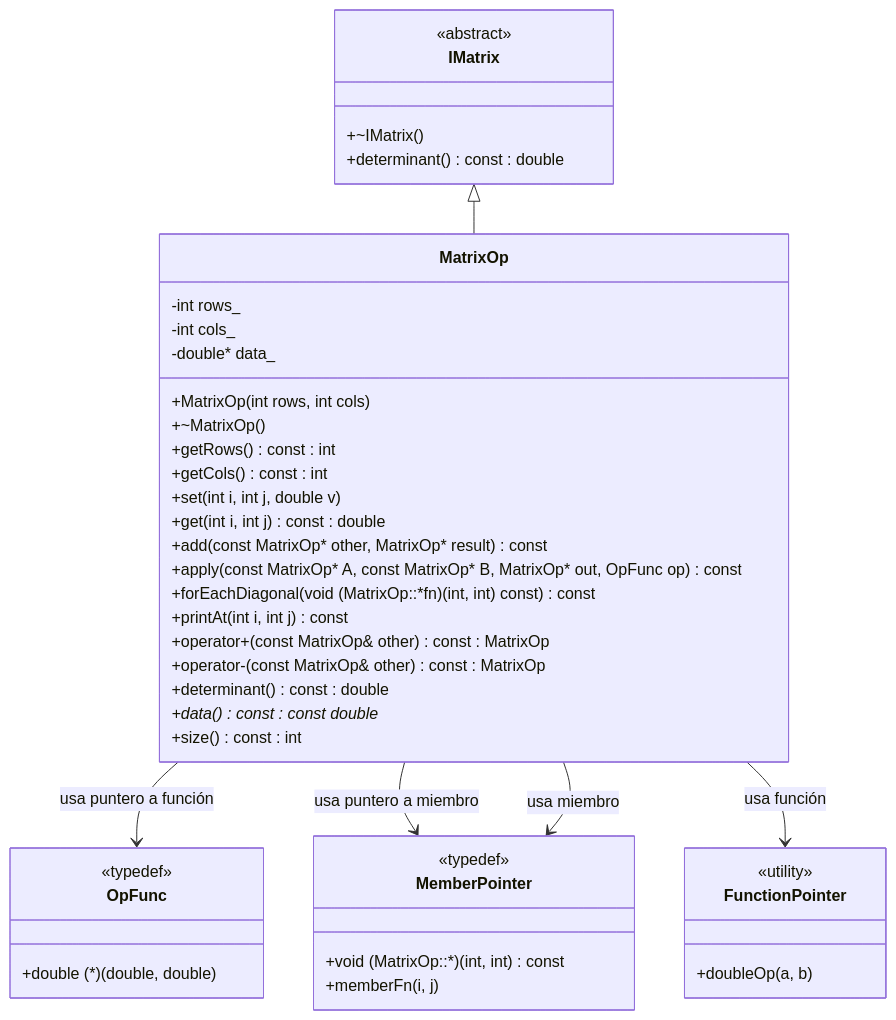
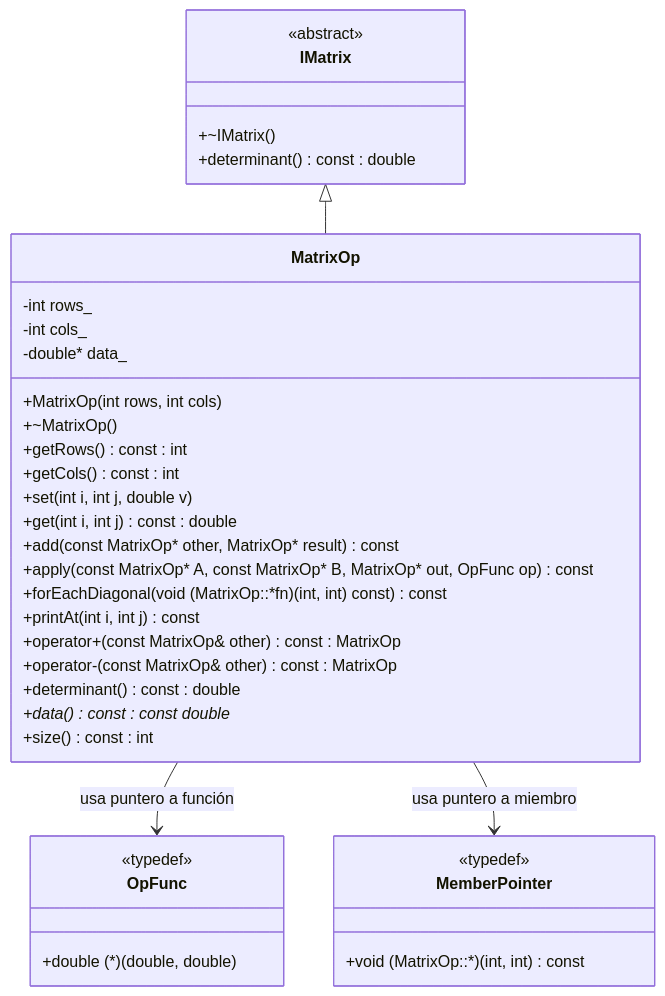
The diagram in tarea 3/Tarea3_Angeles/Diagrama.md (Angeles489/Polimorfismo), drawn with Mermaid before and after one commit.

````diff
--- a/tarea 3/Tarea3_Angeles/Diagrama.md
+++ b/tarea 3/Tarea3_Angeles/Diagrama.md
@@ -2,69 +2,55 @@
 ```mermaid
 classDiagram
     %% INTERFAZ
     class IMatrix {
         <<abstract>>
         +~IMatrix()
         +determinant() const : double
     }
 
     %% CLASE PRINCIPAL
     class MatrixOp {
         -int rows_
         -int cols_
         -double* data_
 
         +MatrixOp(int rows, int cols)
         +~MatrixOp()
 
         +getRows() const : int
         +getCols() const : int
         +set(int i, int j, double v)
         +get(int i, int j) const : double
 
         +add(const MatrixOp* other, MatrixOp* result) const
         +apply(const MatrixOp* A, const MatrixOp* B, MatrixOp* out, OpFunc op) const
         +forEachDiagonal(void (MatrixOp::*fn)(int, int) const) const
         +printAt(int i, int j) const
 
         +operator+(const MatrixOp& other) const : MatrixOp
         +operator-(const MatrixOp& other) const : MatrixOp
 
         +determinant() const : double
 
         +data() const : const double*
         +size() const : int
     }
 
     %% HERENCIA
     IMatrix <|-- MatrixOp
 
     %% TIPOS DE PUNTEROS
     class OpFunc {
         <<typedef>>
         +double (*)(double, double)
     }
 
     class MemberPointer {
         <<typedef>>
         +void (MatrixOp::*)(int, int) const
     }
 
     MatrixOp --> OpFunc : usa puntero a función
     MatrixOp --> MemberPointer : usa puntero a miembro
 
-    class FunctionPointer {
-        <<utility>>
-        +doubleOp(a, b)
-    }
-
-    class MemberPointer {
-        <<utility>>
-        +memberFn(i, j)
-    }
-
-    MatrixOp --> FunctionPointer : usa función
-    MatrixOp --> MemberPointer : usa miembro
-
-
 ```
````
